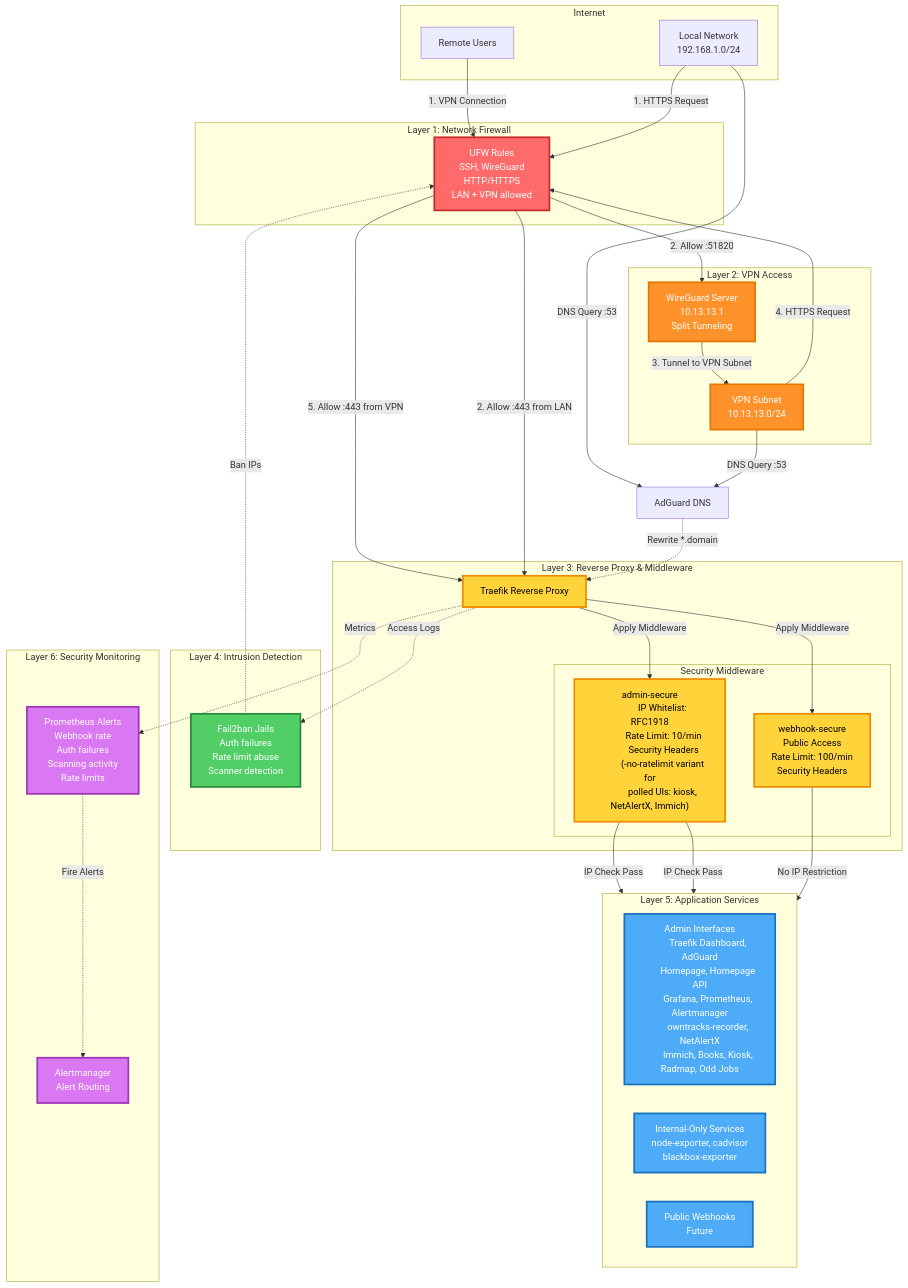
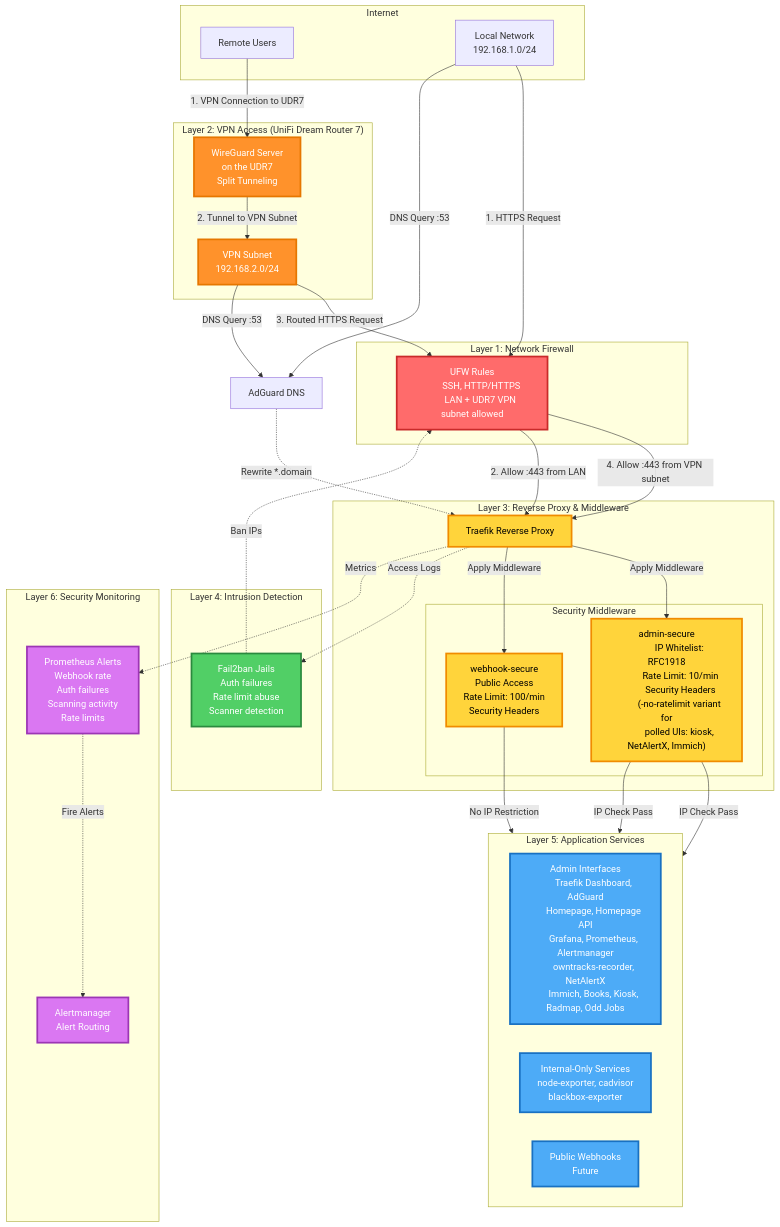
The second of 5 diagrams in ARCHITECTURE.md (josephradford/home-server-stack), drawn with Mermaid before and after one commit. The commit also changed other lines of this file and 23 other files, not shown here.

First line of the commit message:
refactor: move WireGuard VPN from the server to the UDR7 (#244)

```diff
--- a/ARCHITECTURE.md
+++ b/ARCHITECTURE.md
@@ -228,17 +226,16 @@
 
     subgraph L1["Layer 1: Network Firewall"]
         UFW["UFW Rules
-        SSH, WireGuard
-        HTTP/HTTPS
-        LAN + VPN allowed"]
+        SSH, HTTP/HTTPS
+        LAN + UDR7 VPN subnet allowed"]
     end
 
-    subgraph L2["Layer 2: VPN Access"]
+    subgraph L2["Layer 2: VPN Access (UniFi Dream Router 7)"]
         WG["WireGuard Server
-        10.13.13.1
+        on the UDR7
         Split Tunneling"]
         VPNSubnet["VPN Subnet
-        10.13.13.0/24"]
+        192.168.2.0/24"]
     end
 
     subgraph L3["Layer 3: Reverse Proxy & Middleware"]
@@ -291,11 +288,10 @@
     end
 
     %% Request flow - Remote via VPN
-    Remote -->|1. VPN Connection| UFW
-    UFW -->|2. Allow :51820| WG
-    WG -->|3. Tunnel to VPN Subnet| VPNSubnet
-    VPNSubnet -->|4. HTTPS Request| UFW
-    UFW -->|5. Allow :443 from VPN| Traefik
+    Remote -->|1. VPN Connection to UDR7| WG
+    WG -->|2. Tunnel to VPN Subnet| VPNSubnet
+    VPNSubnet -->|3. Routed HTTPS Request| UFW
+    UFW -->|4. Allow :443 from VPN subnet| Traefik
 
     %% Request flow - Local network
     Local -->|1. HTTPS Request| UFW
```
